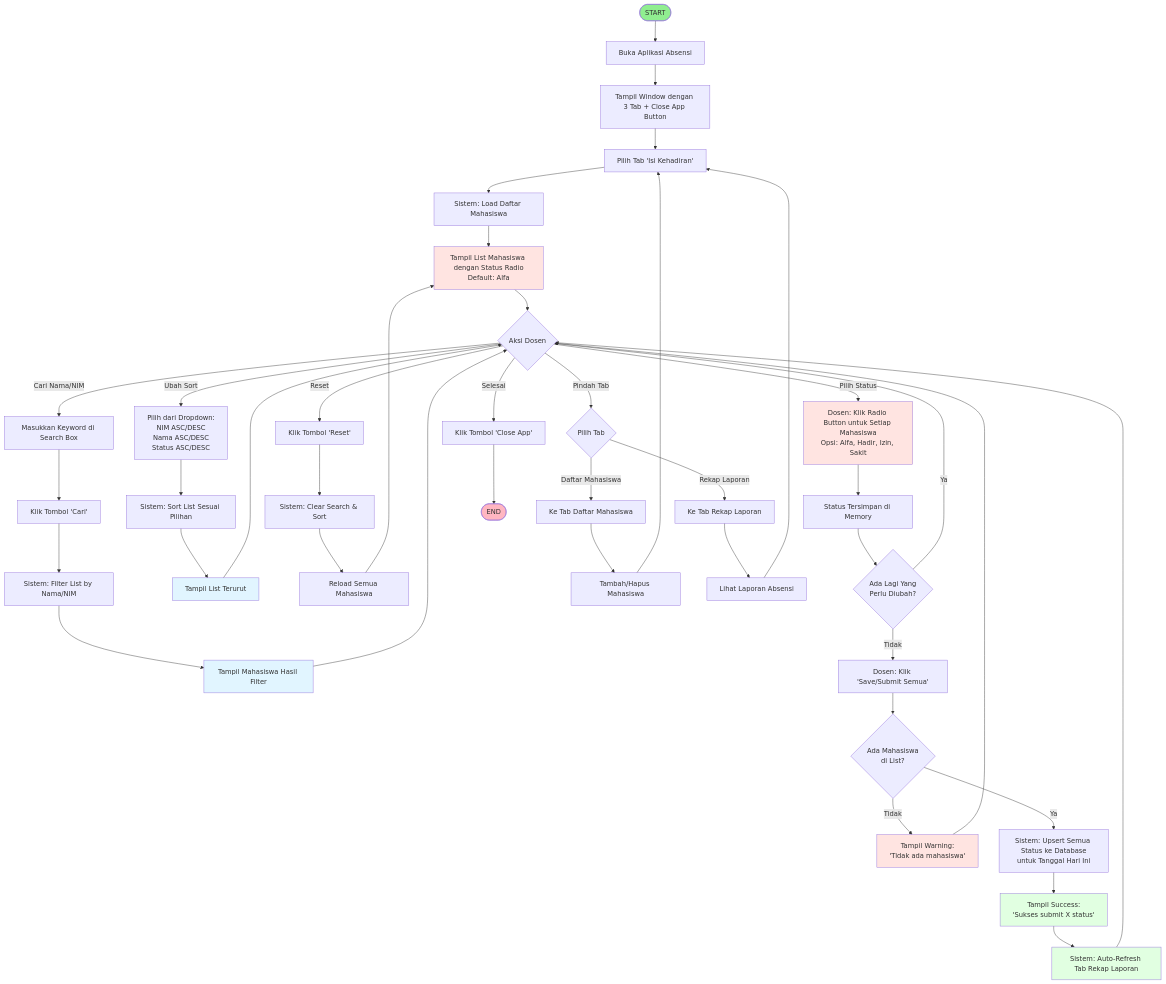
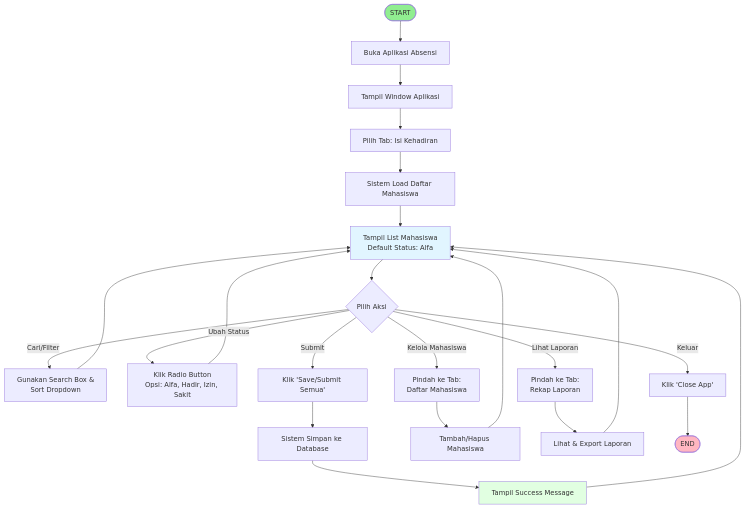
Before and after one commit to revxcode/k3-absensi: the first of 6 diagrams in flowchart.md, drawn with Mermaid. The commit also changed 4 other files, not shown here.

````diff
--- a/flowchart.md
+++ b/flowchart.md
@@ -5,68 +5,38 @@
 ```mermaid
 flowchart TD
     START([START]) --> OpenApp[Buka Aplikasi Absensi]
-    OpenApp --> MainWindow[Tampil Window dengan 3 Tab + Close App Button]
-    MainWindow --> ClickTab1[Pilih Tab 'Isi Kehadiran']
-    ClickTab1 --> LoadList[Sistem: Load Daftar Mahasiswa]
-    LoadList --> DisplayList[Tampil List Mahasiswa dengan Status Radio<br/>Default: Alfa]
+    OpenApp --> MainWindow[Tampil Window Aplikasi]
+    MainWindow --> Tab1[Pilih Tab: Isi Kehadiran]
     
-    DisplayList --> UserAction{Aksi Dosen}
+    Tab1 --> LoadList[Sistem Load Daftar Mahasiswa]
+    LoadList --> DisplayList[Tampil List Mahasiswa<br/>Default Status: Alfa]
     
-    %% Search & Filter
-    UserAction -->|Cari Nama/NIM| InputSearch[Masukkan Keyword di Search Box]
-    InputSearch --> ClickCari[Klik Tombol 'Cari']
-    ClickCari --> FilterList[Sistem: Filter List by Nama/NIM]
-    FilterList --> DisplayFiltered[Tampil Mahasiswa Hasil Filter]
-    DisplayFiltered --> UserAction
+    DisplayList --> Aksi{Pilih Aksi}
     
-    %% Sort
-    UserAction -->|Ubah Sort| SelectSort[Pilih dari Dropdown:<br/>NIM ASC/DESC<br/>Nama ASC/DESC<br/>Status ASC/DESC]
-    SelectSort --> ApplySort[Sistem: Sort List Sesuai Pilihan]
-    ApplySort --> DisplaySorted[Tampil List Terurut]
-    DisplaySorted --> UserAction
+    Aksi -->|Cari/Filter| Search[Gunakan Search Box &<br/>Sort Dropdown]
+    Search --> DisplayList
     
-    %% Reset Filters
-    UserAction -->|Reset| ClickReset[Klik Tombol 'Reset']
-    ClickReset --> ClearFilters[Sistem: Clear Search & Sort]
-    ClearFilters --> ReloadAll[Reload Semua Mahasiswa]
-    ReloadAll --> DisplayList
+    Aksi -->|Ubah Status| ChangeStatus[Klik Radio Button<br/>Opsi: Alfa, Hadir, Izin, Sakit]
+    ChangeStatus --> DisplayList
     
-    %% Select Status
-    UserAction -->|Pilih Status| SelectRadio[Dosen: Klik Radio Button untuk Setiap Mahasiswa<br/>Opsi: Alfa, Hadir, Izin, Sakit]
-    SelectRadio --> StatusSelected[Status Tersimpan di Memory]
-    StatusSelected --> CheckMore{Ada Lagi Yang<br/>Perlu Diubah?}
-    CheckMore -->|Ya| UserAction
-    CheckMore -->|Tidak| SubmitAll[Dosen: Klik 'Save/Submit Semua']
+    Aksi -->|Submit| Submit[Klik 'Save/Submit Semua']
+    Submit --> SaveDB[Sistem Simpan ke Database]
+    SaveDB --> Success[Tampil Success Message]
+    Success --> DisplayList
     
-    %% Save All
-    SubmitAll --> ValidateList{Ada Mahasiswa<br/>di List?}
-    ValidateList -->|Tidak| WarnEmpty[Tampil Warning:<br/>'Tidak ada mahasiswa']
-    WarnEmpty --> UserAction
-    ValidateList -->|Ya| SaveDB[Sistem: Upsert Semua Status ke Database<br/>untuk Tanggal Hari Ini]
-    SaveDB --> SuccessAll[Tampil Success:<br/>'Sukses submit X status']
-    SuccessAll --> RefreshLaporan[Sistem: Auto-Refresh Tab Rekap Laporan]
-    RefreshLaporan --> UserAction
+    Aksi -->|Kelola Mahasiswa| Tab2[Pindah ke Tab:<br/>Daftar Mahasiswa]
+    Tab2 --> ManageList[Tambah/Hapus Mahasiswa]
+    ManageList --> DisplayList
     
-    %% Other Tabs or Close
-    UserAction -->|Pindah Tab| TabChoice{Pilih Tab}
-    TabChoice -->|Daftar Mahasiswa| DaftarTab[Ke Tab Daftar Mahasiswa]
-    DaftarTab --> ManageStudent[Tambah/Hapus Mahasiswa]
-    ManageStudent --> ClickTab1
+    Aksi -->|Lihat Laporan| Tab3[Pindah ke Tab:<br/>Rekap Laporan]
+    Tab3 --> ViewReport[Lihat & Export Laporan]
+    ViewReport --> DisplayList
     
-    TabChoice -->|Rekap Laporan| LaporanTab[Ke Tab Rekap Laporan]
-    LaporanTab --> ViewRecap[Lihat Laporan Absensi]
-    ViewRecap --> ClickTab1
-    
-    UserAction -->|Selesai| CloseApp[Klik Tombol 'Close App']
-    CloseApp --> ExitApp([END])
+    Aksi -->|Keluar| Close[Klik 'Close App']
+    Close --> END([END])
     
     style START fill:#90EE90
-    style ExitApp fill:#FFB6C1
-    style DisplayList fill:#FFE4E1
-    style SelectRadio fill:#FFE4E1
-    style WarnEmpty fill:#FFE4E1
-    style SuccessAll fill:#E1FFE1
-    style DisplayFiltered fill:#E1F5FF
-    style DisplaySorted fill:#E1F5FF
-    style RefreshLaporan fill:#E1FFE1
+    style END fill:#FFB6C1
+    style DisplayList fill:#E1F5FF
+    style Success fill:#E1FFE1
 ```
````
